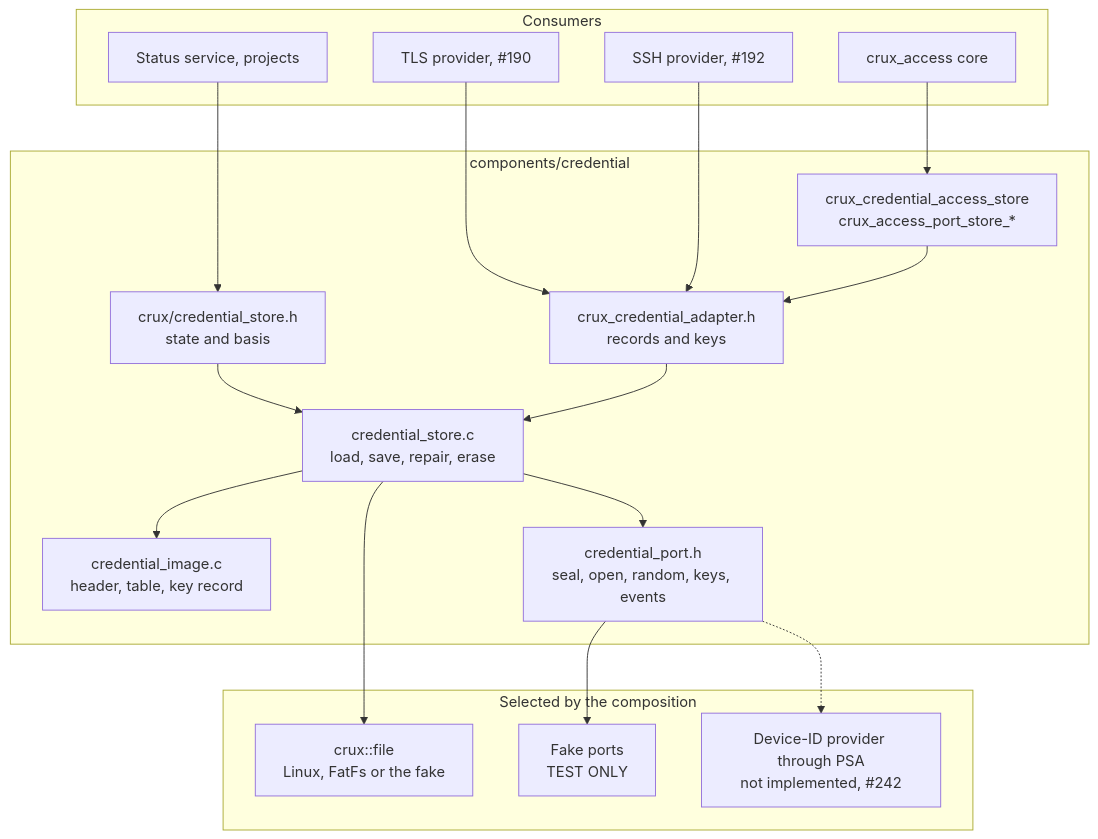
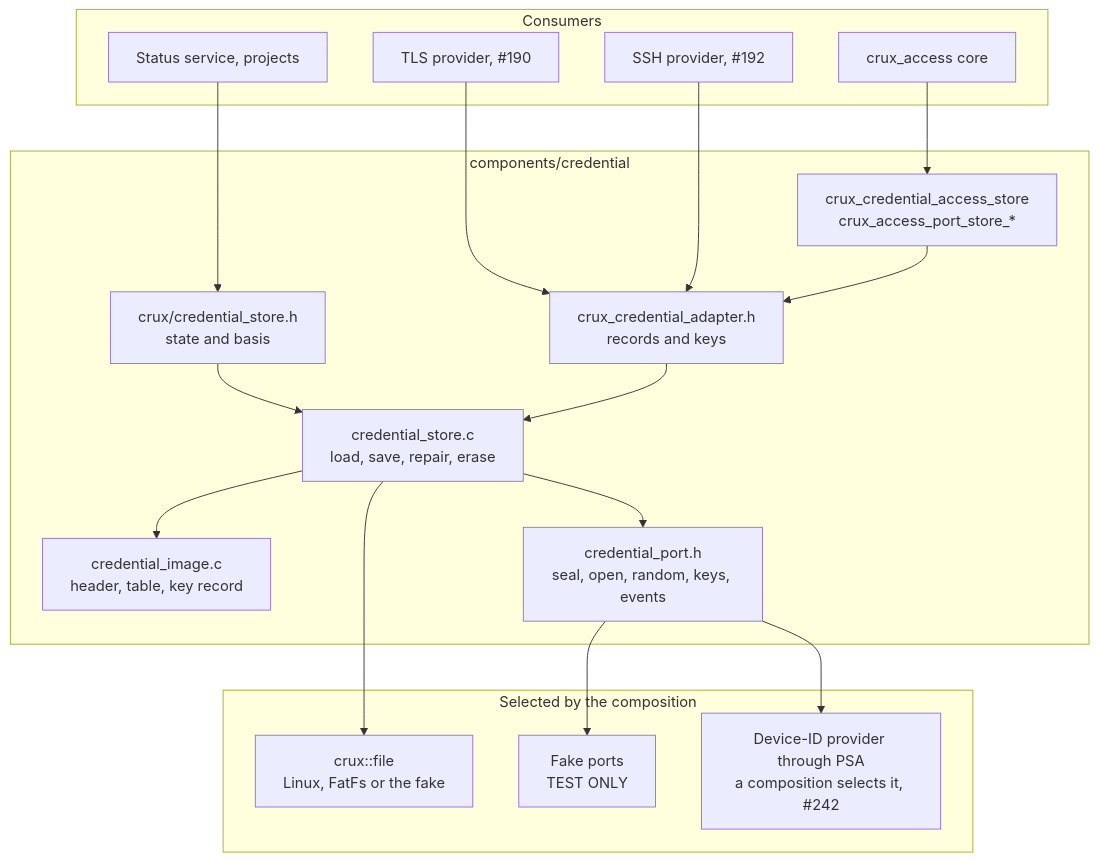
Before and after one commit to wonny-labs/crux-pilot: the first of 3 diagrams in docs/credential-store.md, drawn with Mermaid. The commit also changed other lines of this file and 24 other files, not shown here.

````diff
--- a/docs/credential-store.md
+++ b/docs/credential-store.md
@@ -34,34 +34,34 @@
 ```mermaid
 flowchart TB
     subgraph consumers["Consumers"]
         status["Status service, projects"]
         access["crux_access core"]
         tls["TLS provider, #190"]
         ssh["SSH provider, #192"]
     end
     subgraph component["components/credential"]
         public["crux/credential_store.h<br/>state and basis"]
         adapter["crux_credential_adapter.h<br/>records and keys"]
         bridge["crux_credential_access_store<br/>crux_access_port_store_*"]
         core["credential_store.c<br/>load, save, repair, erase"]
         image["credential_image.c<br/>header, table, key record"]
         port["credential_port.h<br/>seal, open, random, keys, events"]
     end
     subgraph below["Selected by the composition"]
         file["crux::file<br/>Linux, FatFs or the fake"]
         fake["Fake ports<br/>TEST ONLY"]
-        psa["Device-ID provider through PSA<br/>not implemented, #242"]
+        psa["Device-ID provider through PSA<br/>a composition selects it, #242"]
     end
     status --> public
     tls --> adapter
     ssh --> adapter
     access --> bridge
     bridge --> adapter
     public --> core
     adapter --> core
     core --> image
     core --> port
     core --> file
     port --> fake
-    port -.-> psa
+    port --> psa
 ```
````
